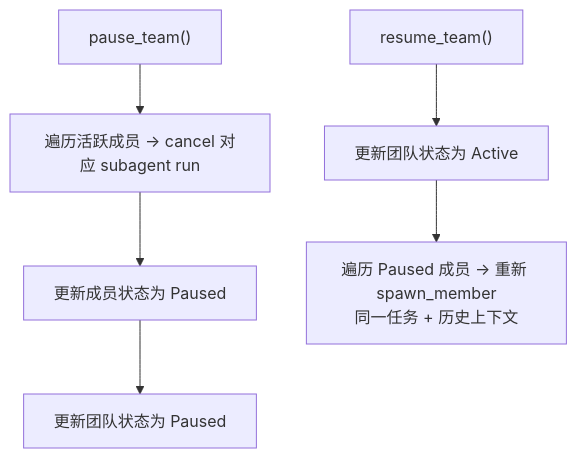
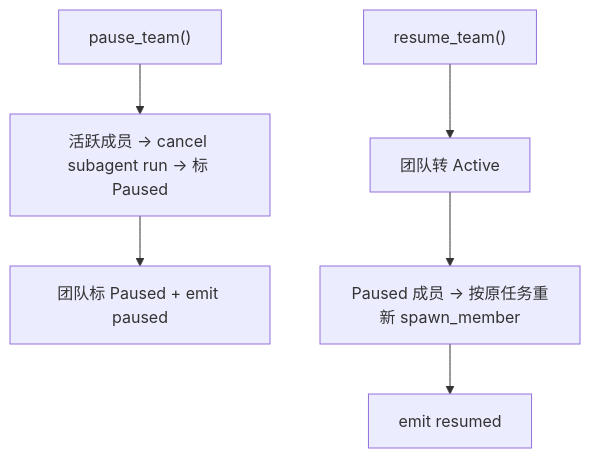
One commit to shiwenwen/hope-agent changed the seventh of 9 diagrams in docs/architecture/agent-team.md. Above: the diagram before and after it, drawn with Mermaid. The commit also changed other lines of this file and 11 other files, not shown here.

````diff
--- a/docs/architecture/agent-team.md
+++ b/docs/architecture/agent-team.md
@@ -223,13 +310,13 @@
 ```mermaid
 flowchart TD
     P["pause_team()"]
-    P1["遍历活跃成员 → cancel 对应 subagent run"]
-    P2["更新成员状态为 Paused"]
-    P3["更新团队状态为 Paused"]
-    P --> P1 --> P2 --> P3
+    P1["活跃成员 → cancel subagent run → 标 Paused"]
+    P2["团队标 Paused + emit paused"]
+    P --> P1 --> P2
 
     R["resume_team()"]
-    R1["更新团队状态为 Active"]
-    R2["遍历 Paused 成员 → 重新 spawn_member<br/>同一任务 + 历史上下文"]
-    R --> R1 --> R2
+    R1["团队转 Active"]
+    R2["Paused 成员 → 按原任务重新 spawn_member"]
+    R3["emit resumed"]
+    R --> R1 --> R2 --> R3
 ```
````
